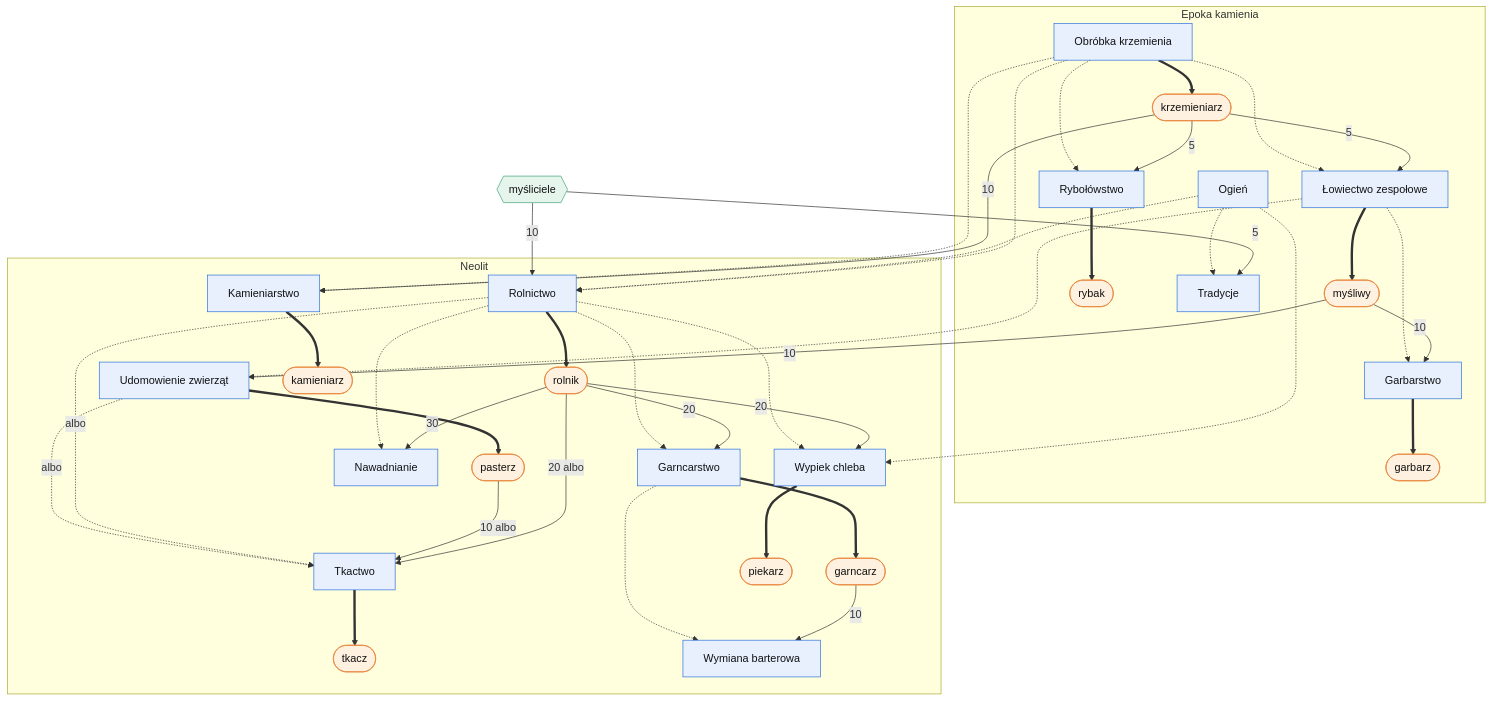
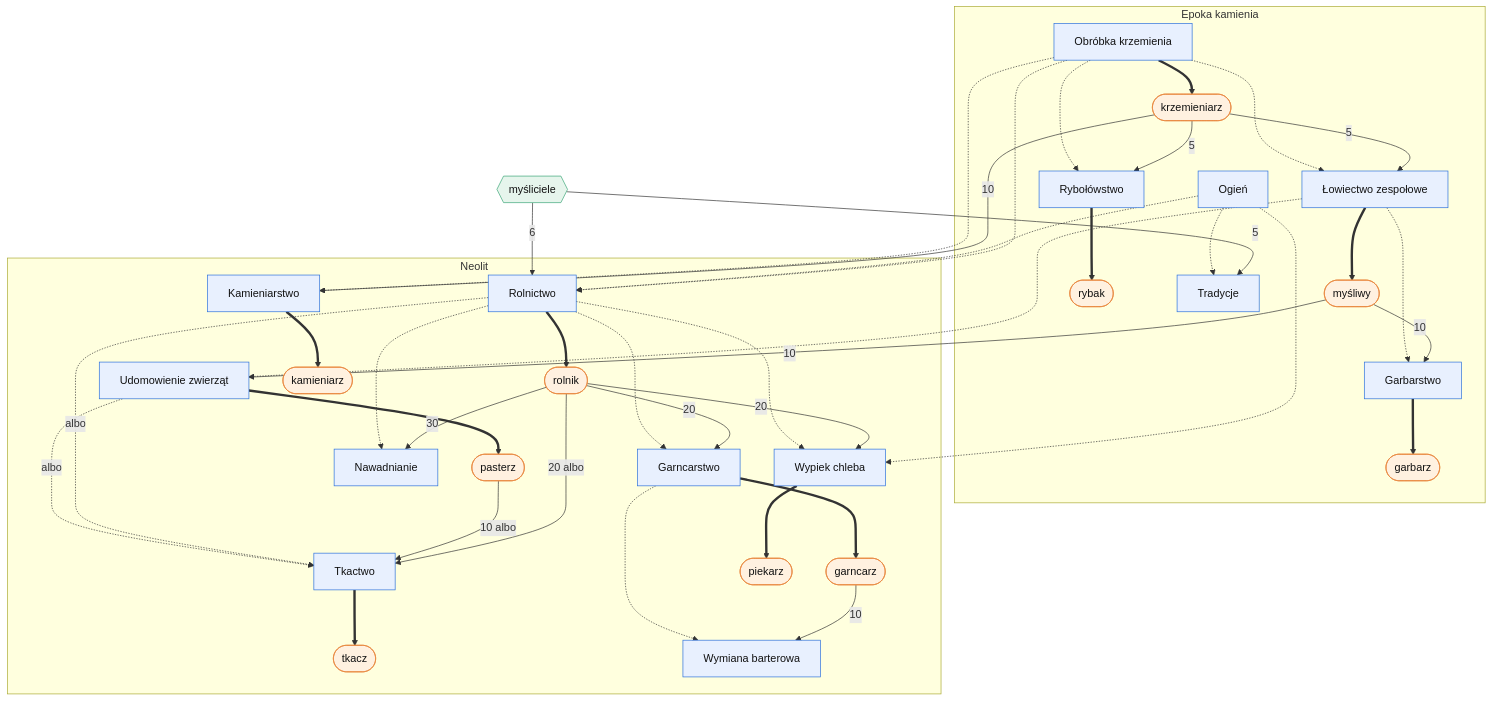
One commit to CoStellar/CivSim2 changed the diagram in docs/systems/graf-technologii.md. Above: the diagram before and after it, drawn with Mermaid. The commit also changed 12 other files, not shown here.

First line of the commit message:
fix(units): settlers live off the land on the way; agriculture needs 6 thinkers (playtest P-02, P-07)

````diff
--- a/docs/systems/graf-technologii.md
+++ b/docs/systems/graf-technologii.md
@@ -17,76 +17,76 @@
 ```mermaid
 flowchart TD
   subgraph E1["Epoka kamienia"]
     t_fire["Ogień"]
     t_flint_knapping["Obróbka krzemienia"]
     k_knapper(["krzemieniarz"])
     t_cooperative_hunting["Łowiectwo zespołowe"]
     k_hunter(["myśliwy"])
     t_fishing["Rybołówstwo"]
     k_fisher(["rybak"])
     t_tanning["Garbarstwo"]
     k_tanner(["garbarz"])
     t_traditions["Tradycje"]
   end
   subgraph E2["Neolit"]
     t_agriculture["Rolnictwo"]
     k_farmer(["rolnik"])
     t_animal_husbandry["Udomowienie zwierząt"]
     k_herder(["pasterz"])
     t_pottery["Garncarstwo"]
     k_potter(["garncarz"])
     t_weaving["Tkactwo"]
     k_weaver(["tkacz"])
     t_stonemasonry["Kamieniarstwo"]
     k_mason(["kamieniarz"])
     t_irrigation["Nawadnianie"]
     t_bread_baking["Wypiek chleba"]
     k_baker(["piekarz"])
     t_barter["Wymiana barterowa"]
   end
   s_thinkers{{"myśliciele"}}
   t_flint_knapping ==> k_knapper
   t_flint_knapping -.-> t_cooperative_hunting
   t_cooperative_hunting ==> k_hunter
   k_knapper -->|5| t_cooperative_hunting
   t_flint_knapping -.-> t_fishing
   t_fishing ==> k_fisher
   k_knapper -->|5| t_fishing
   t_cooperative_hunting -.-> t_tanning
   t_tanning ==> k_tanner
   k_hunter -->|10| t_tanning
   t_fire -.-> t_traditions
   s_thinkers -->|5| t_traditions
   t_fire -.-> t_agriculture
   t_flint_knapping -.-> t_agriculture
   t_agriculture ==> k_farmer
-  s_thinkers -->|10| t_agriculture
+  s_thinkers -->|6| t_agriculture
   t_cooperative_hunting -.-> t_animal_husbandry
   t_animal_husbandry ==> k_herder
   k_hunter -->|10| t_animal_husbandry
   t_agriculture -.-> t_pottery
   t_pottery ==> k_potter
   k_farmer -->|20| t_pottery
   t_animal_husbandry -.->|albo| t_weaving
   t_agriculture -.->|albo| t_weaving
   t_weaving ==> k_weaver
   k_herder -->|10 albo| t_weaving
   k_farmer -->|20 albo| t_weaving
   t_flint_knapping -.-> t_stonemasonry
   t_stonemasonry ==> k_mason
   k_knapper -->|10| t_stonemasonry
   t_agriculture -.-> t_irrigation
   k_farmer -->|30| t_irrigation
   t_agriculture -.-> t_bread_baking
   t_fire -.-> t_bread_baking
   t_bread_baking ==> k_baker
   k_farmer -->|20| t_bread_baking
   t_pottery -.-> t_barter
   k_potter -->|10| t_barter
   classDef tech fill:#e8f0fe,stroke:#2a6fdb,color:#111
   classDef skill fill:#fff1e0,stroke:#e8833a,color:#111
   classDef stratum fill:#e6f5ec,stroke:#3aa676,color:#111
   class t_fire,t_flint_knapping,t_cooperative_hunting,t_fishing,t_tanning,t_traditions,t_agriculture,t_animal_husbandry,t_pottery,t_weaving,t_stonemasonry,t_irrigation,t_bread_baking,t_barter tech
   class k_hunter,k_fisher,k_farmer,k_herder,k_knapper,k_tanner,k_potter,k_weaver,k_mason,k_baker skill
   class s_thinkers stratum
 ```
````
